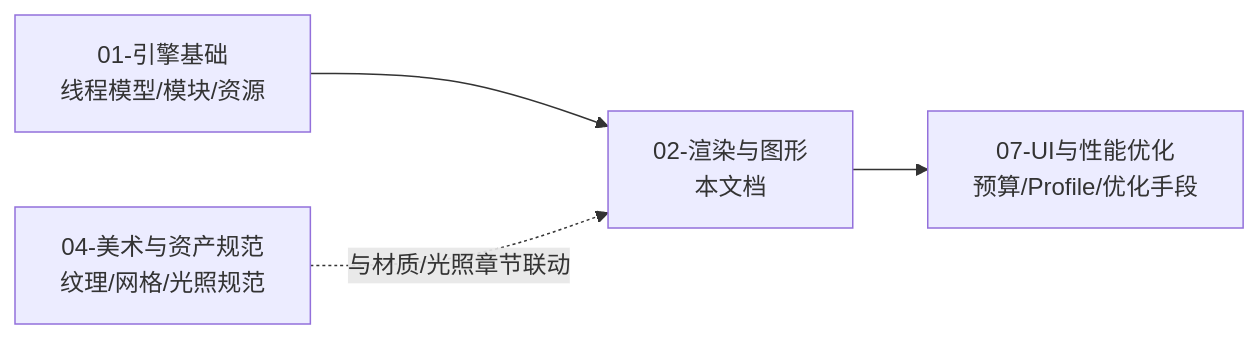
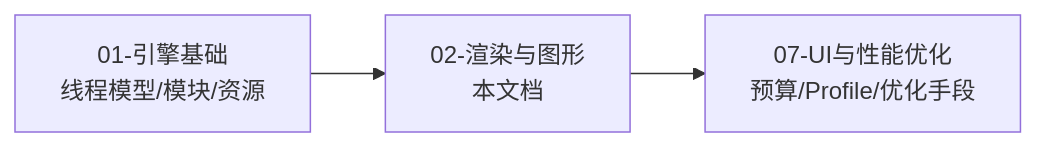
The second of 2 diagrams in 游戏知识/02-渲染与图形/README.md (fantuan812/learning), drawn with Mermaid before and after one commit. The commit also changed 208 other files, not shown here.

````diff
--- a/游戏知识/02-渲染与图形/README.md
+++ b/游戏知识/02-渲染与图形/README.md
@@ -114,6 +114,5 @@
 ```mermaid
 flowchart LR
     E[01-引擎基础<br/>线程模型/模块/资源] --> R[02-渲染与图形<br/>本文档]
     R --> P[07-UI与性能优化<br/>预算/Profile/优化手段]
-    A[04-美术与资产规范<br/>纹理/网格/光照规范] -. 与材质/光照章节联动 .-> R
 ```
````
